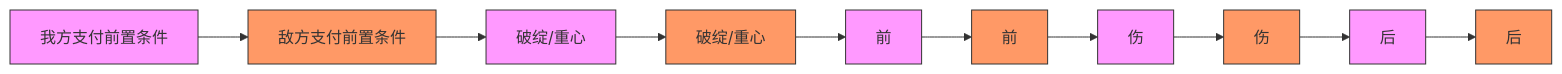
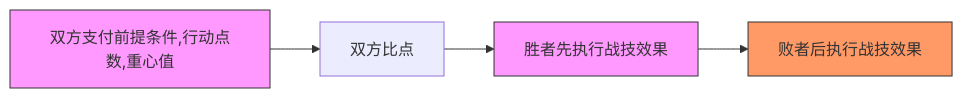
One commit to jrcjrcc/Codex changed the sixth of 7 diagrams in README.md. Above: the diagram before and after it, drawn with Mermaid. The commit also changed other lines of this file and 34 other files, not shown here.

````diff
--- a/README.md
+++ b/README.md
@@ -247,14 +225,7 @@
 ```mermaid
 graph LR
-	A1[我方支付前置条件]-->B1[敌方支付前置条件]-->A2[破绽/重心]-->B2[破绽/重心]-->A3[前]-->B3[前]-->A4[伤]-->B4[伤]-->A5[后]-->B5[后];
+	A1[双方支付前提条件,行动点数,重心值]-->双方比点-->A3[胜者先执行战技效果]-->B2[败者后执行战技效果];
 	style A1 fill:#f9f,stroke:#333
-	style A2 fill:#f9f,stroke:#333
 	style A3 fill:#f9f,stroke:#333
-	style A4 fill:#f9f,stroke:#333
-	style A5 fill:#f9f,stroke:#333
-	style B1 fill:#f96,stroke:#333
     style B2 fill:#f96,stroke:#333
-    style B3 fill:#f96,stroke:#333
-    style B4 fill:#f96,stroke:#333
-    style B5 fill:#f96,stroke:#333
 ```
````
